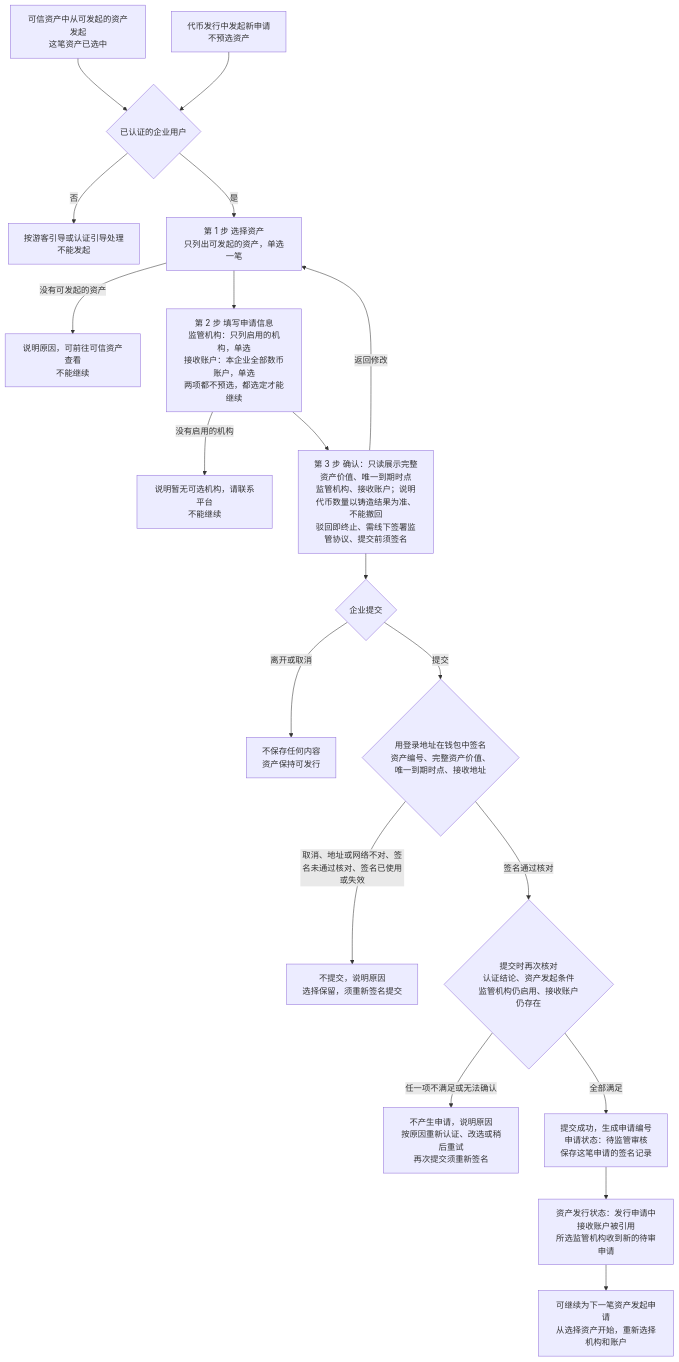
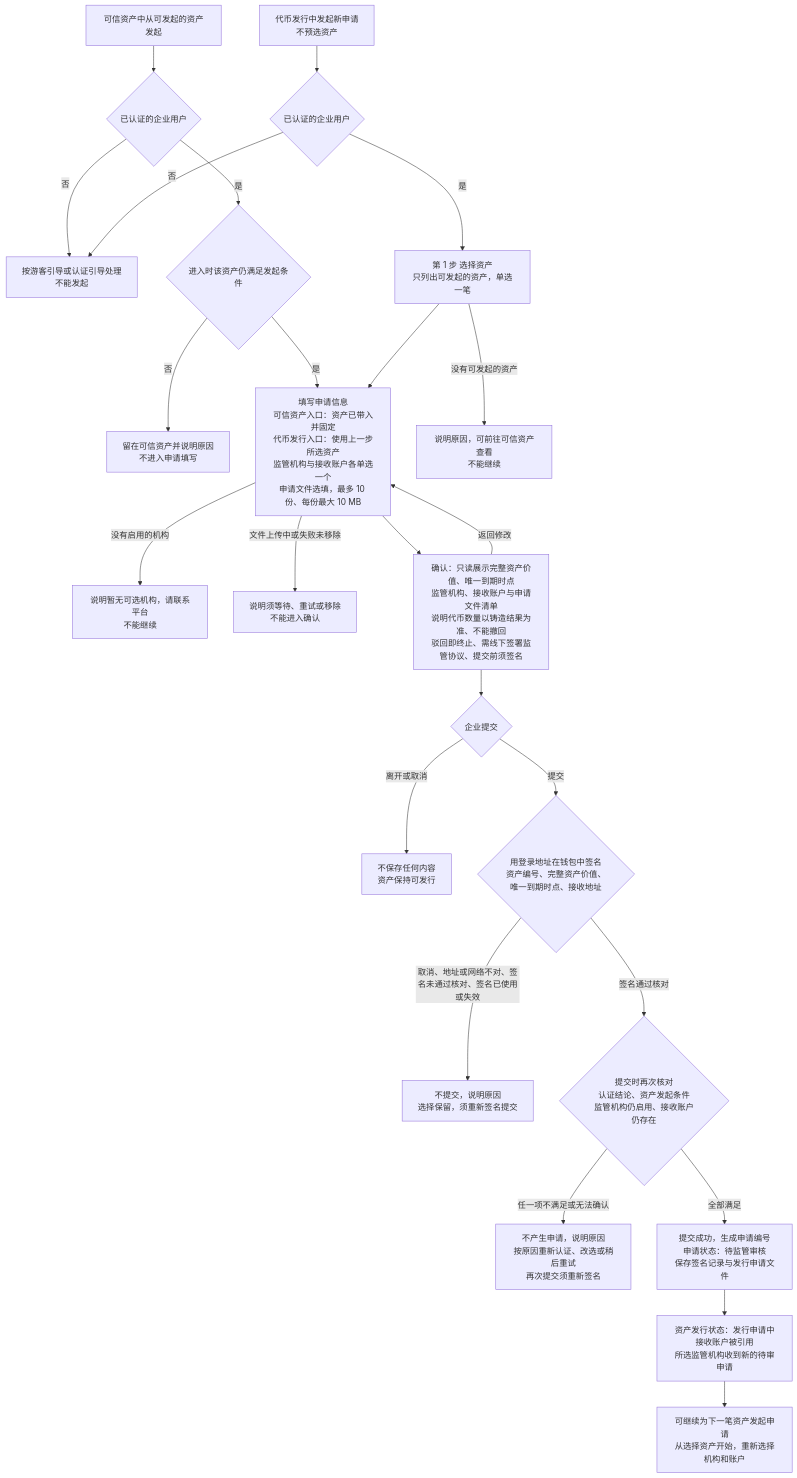
One commit to wxblockchain/Chain-Financing changed the first of 3 diagrams in token-issuance-platform/PRD/面客端/M3a-代币发行-企业申请/02-代币发行-企业申请-流程图与状态机.md. Above: the diagram before and after it, drawn with Mermaid. The commit also changed other lines of this file and 8 other files, not shown here.

````diff
--- a/token-issuance-platform/PRD/面客端/M3a-代币发行-企业申请/02-代币发行-企业申请-流程图与状态机.md
+++ b/token-issuance-platform/PRD/面客端/M3a-代币发行-企业申请/02-代币发行-企业申请-流程图与状态机.md
@@ -16,22 +16,27 @@
 ```mermaid
 flowchart TD
-    A1[可信资产中从可发起的资产发起<br/>这笔资产已选中] --> B
+    A1[可信资产中从可发起的资产发起] --> BA{已认证的企业用户}
+    BA -->|否| B1
+    BA -->|是| V{进入时该资产仍满足发起条件}
+    V -->|否| V1[留在可信资产并说明原因<br/>不进入申请填写]
+    V -->|是| D
     A2[代币发行中发起新申请<br/>不预选资产] --> B
     B{已认证的企业用户}
     B -->|否| B1[按游客引导或认证引导处理<br/>不能发起]
     B -->|是| C[第 1 步 选择资产<br/>只列出可发起的资产，单选一笔]
     C -->|没有可发起的资产| C1[说明原因，可前往可信资产查看<br/>不能继续]
-    C --> D[第 2 步 填写申请信息<br/>监管机构：只列启用的机构，单选<br/>接收账户：本企业全部数币账户，单选<br/>两项都不预选，都选定才能继续]
+    C --> D[填写申请信息<br/>可信资产入口：资产已带入并固定<br/>代币发行入口：使用上一步所选资产<br/>监管机构与接收账户各单选一个<br/>申请文件选填，最多 10 份、每份最大 10 MB]
     D -->|没有启用的机构| D1[说明暂无可选机构，请联系平台<br/>不能继续]
-    D --> F[第 3 步 确认：只读展示完整资产价值、唯一到期时点<br/>监管机构、接收账户；说明代币数量以铸造结果为准、不能撤回<br/>驳回即终止、需线下签署监管协议、提交前须签名]
-    F -->|返回修改| C
+    D -->|文件上传中或失败未移除| D2[说明须等待、重试或移除<br/>不能进入确认]
+    D --> F[确认：只读展示完整资产价值、唯一到期时点<br/>监管机构、接收账户与申请文件清单<br/>说明代币数量以铸造结果为准、不能撤回<br/>驳回即终止、需线下签署监管协议、提交前须签名]
+    F -->|返回修改| D
     F --> G{企业提交}
     G -->|离开或取消| G1[不保存任何内容<br/>资产保持可发行]
     G -->|提交| S{用登录地址在钱包中签名<br/>资产编号、完整资产价值、唯一到期时点、接收地址}
     S -->|取消、地址或网络不对、签名未通过核对、签名已使用或失效| S1[不提交，说明原因<br/>选择保留，须重新签名提交]
     S -->|签名通过核对| H{提交时再次核对<br/>认证结论、资产发起条件<br/>监管机构仍启用、接收账户仍存在}
     H -->|任一项不满足或无法确认| H1[不产生申请，说明原因<br/>按原因重新认证、改选或稍后重试<br/>再次提交须重新签名]
-    H -->|全部满足| I[提交成功，生成申请编号<br/>申请状态：待监管审核<br/>保存这笔申请的签名记录]
+    H -->|全部满足| I[提交成功，生成申请编号<br/>申请状态：待监管审核<br/>保存签名记录与发行申请文件]
     I --> J[资产发行状态：发行申请中<br/>接收账户被引用<br/>所选监管机构收到新的待审申请]
     J --> K[可继续为下一笔资产发起申请<br/>从选择资产开始，重新选择机构和账户]
 ```
````
